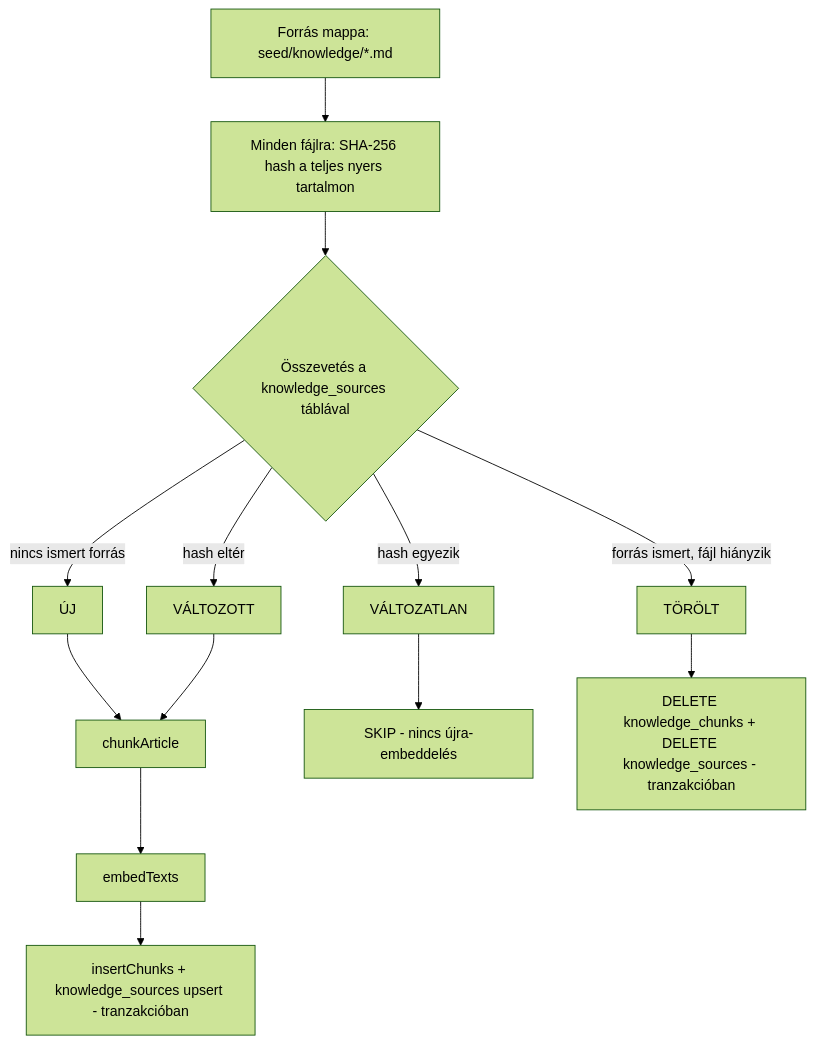
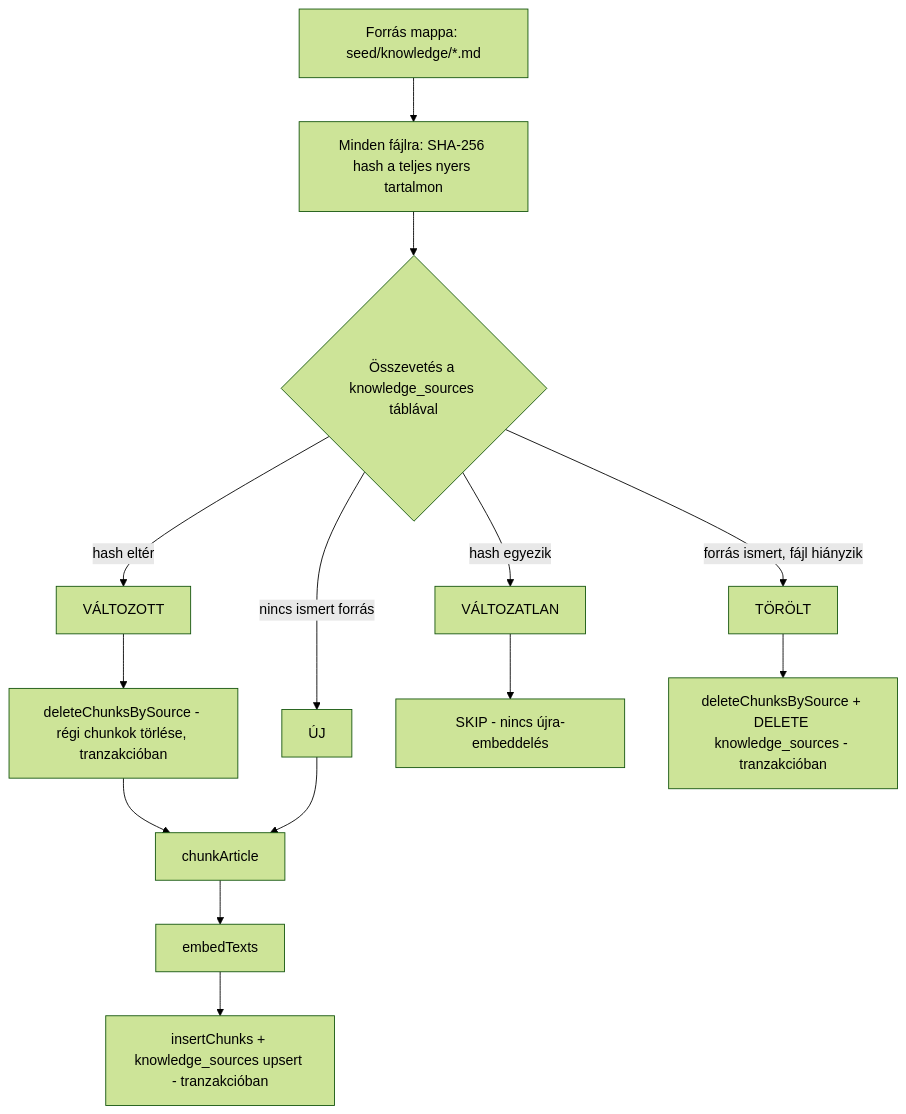
The diagram in docs/rag-architektura.md (bergkampx360/plantbase), drawn with Mermaid (forest theme) before and after one commit. The commit also changed other lines of this file and 1 other file, not shown here.

Commit message:
docs: fix rerank-before-delete inconsistency between diagram and sync algorithm

````diff
--- a/docs/rag-architektura.md
+++ b/docs/rag-architektura.md
@@ -115,18 +123,20 @@
 ```mermaid
 flowchart TD
     A["Forrás mappa: seed/knowledge/*.md"] --> B["Minden fájlra: SHA-256 hash a teljes nyers tartalmon"]
     B --> C{"Összevetés a knowledge_sources táblával"}
     C -->|"nincs ismert forrás"| D["ÚJ"]
     C -->|"hash egyezik"| E["VÁLTOZATLAN"]
     C -->|"hash eltér"| F["VÁLTOZOTT"]
     C -->|"forrás ismert, fájl hiányzik"| G["TÖRÖLT"]
 
-    D --> H["chunkArticle"]
-    F --> H
+    F --> F2["deleteChunksBySource - régi chunkok törlése, tranzakcióban"]
+    F2 --> H["chunkArticle"]
+    D --> H
+
     H --> I["embedTexts"]
     I --> J["insertChunks + knowledge_sources upsert - tranzakcióban"]
 
     E --> K["SKIP - nincs újra-embeddelés"]
 
-    G --> L["DELETE knowledge_chunks + DELETE knowledge_sources - tranzakcióban"]
+    G --> L["deleteChunksBySource + DELETE knowledge_sources - tranzakcióban"]
 ```
````
